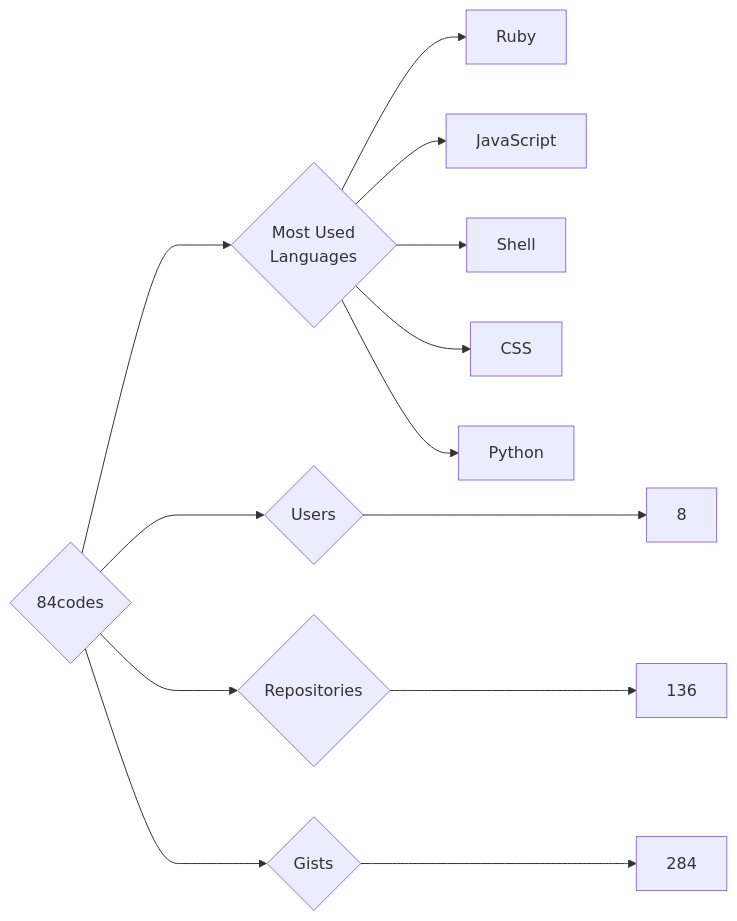
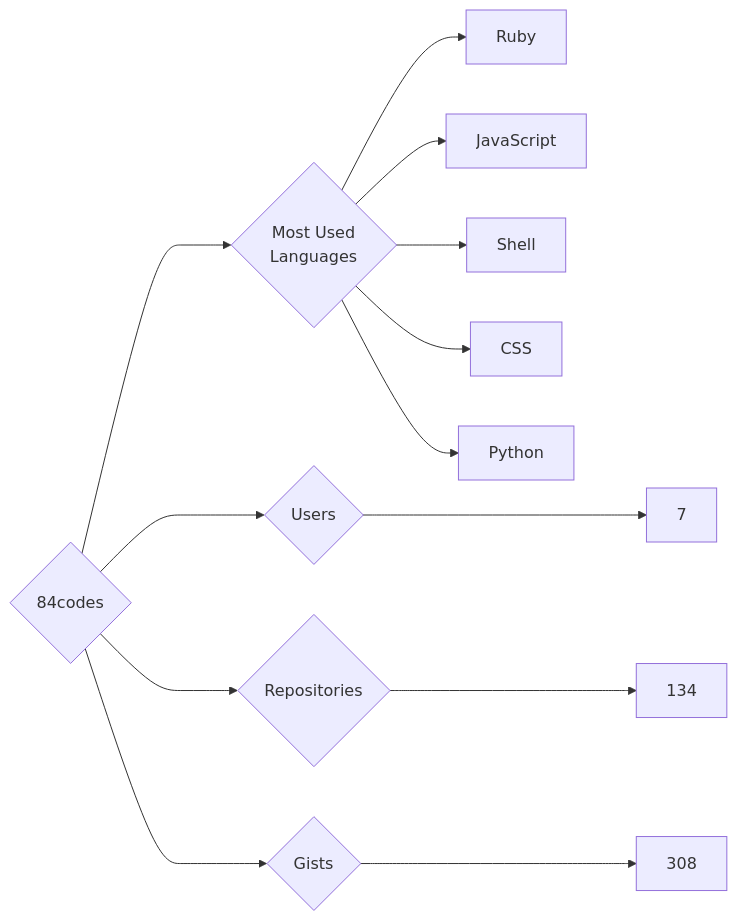
The diagram in targets/84codes/README.md (trickest/insiders), drawn with Mermaid before and after one commit. The commit also changed 676 other files, not shown here.

````diff
--- a/targets/84codes/README.md
+++ b/targets/84codes/README.md
@@ -3,13 +3,13 @@
 ```mermaid
 graph LR
 COMPANY_NAME{84codes}
-COMPANY_NAME ---> U{Users} ---> UN[8]
-COMPANY_NAME ---> R{Repositories} ---> RN[136]
-COMPANY_NAME ---> G{Gists} ---> GN[284]
+COMPANY_NAME ---> U{Users} ---> UN[7]
+COMPANY_NAME ---> R{Repositories} ---> RN[134]
+COMPANY_NAME ---> G{Gists} ---> GN[308]
 COMPANY_NAME ---> ML{Most Used<br>Languages}
 ML --> Ruby[Ruby]
 ML --> JavaScript[JavaScript]
 ML --> Shell[Shell]
 ML --> CSS[CSS]
 ML --> Python[Python]
 ```
````
